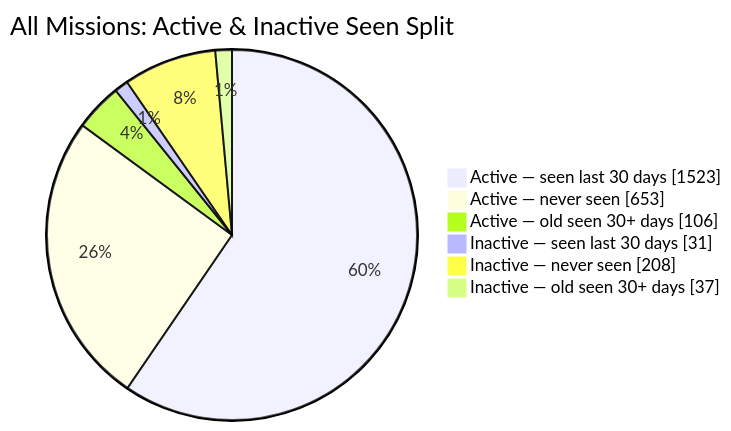
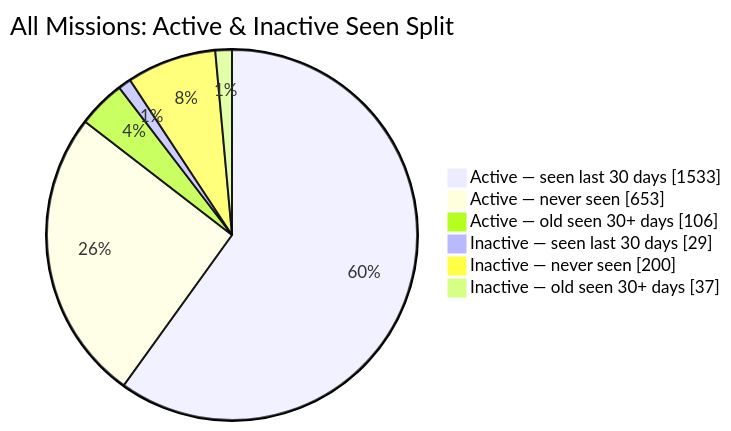
Before and after one commit to MeldkamerspelGameTeam/active-missions: the second of 2 diagrams in README.md, drawn with Mermaid. The commit also changed other lines of this file and 4 other files, not shown here.

````diff
--- a/README.md
+++ b/README.md
@@ -44,10 +44,10 @@
 ```mermaid
 pie showData
     title All Missions: Active & Inactive Seen Split
-    "Active — seen last 30 days" : 1523
+    "Active — seen last 30 days" : 1533
     "Active — never seen" : 653
     "Active — old seen 30+ days" : 106
-    "Inactive — seen last 30 days" : 31
-    "Inactive — never seen" : 208
+    "Inactive — seen last 30 days" : 29
+    "Inactive — never seen" : 200
     "Inactive — old seen 30+ days" : 37
 ```
````
